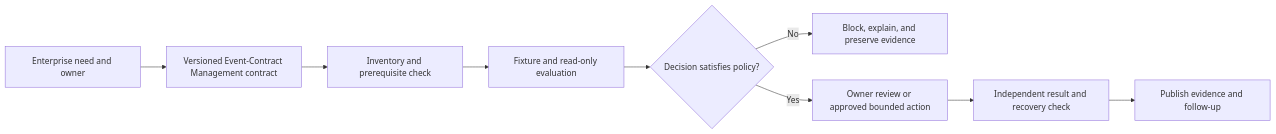
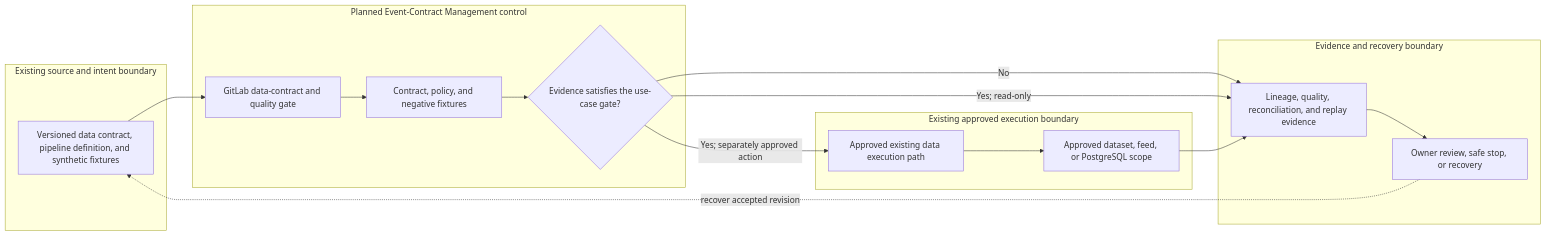
One commit to MIDHTECH/enterprise-architecture-docs changed the diagram in docs/use-cases/data/UC-DATA-008-event-contract-management.md. Above: the diagram before and after it, drawn with Mermaid. The commit also changed other lines of this file and 227 other files, not shown here.

Commit message:
Deepen architecture for all use case designs

````diff
--- a/docs/use-cases/data/UC-DATA-008-event-contract-management.md
+++ b/docs/use-cases/data/UC-DATA-008-event-contract-management.md
@@ -136,11 +129,25 @@
 ```mermaid
 flowchart LR
-    Need["Enterprise need and owner"] --> Contract["Versioned Event-Contract Management contract"]
-    Contract --> Preflight["Inventory and prerequisite check"]
-    Preflight --> Evaluate["Fixture and read-only evaluation"]
-    Evaluate --> Decision{"Decision satisfies policy?"}
-    Decision -->|No| Stop["Block, explain, and preserve evidence"]
-    Decision -->|Yes| Review["Owner review or approved bounded action"]
-    Review --> Verify["Independent result and recovery check"]
-    Verify --> Publish["Publish evidence and follow-up"]
+    subgraph Source["Existing source and intent boundary"]
+        A["Versioned data contract, pipeline definition, and synthetic fixtures"]
+    end
+    subgraph Planned["Planned Event-Contract Management control"]
+        B["GitLab data-contract and quality gate"]
+        C["Contract, policy, and negative fixtures"]
+        D{"Evidence satisfies the use-case gate?"}
+    end
+    subgraph Runtime["Existing approved execution boundary"]
+        E["Approved existing data execution path"]
+        F["Approved dataset, feed, or PostgreSQL scope"]
+    end
+    subgraph Assurance["Evidence and recovery boundary"]
+        G["Lineage, quality, reconciliation, and replay evidence"]
+        H["Owner review, safe stop, or recovery"]
+    end
+
+    A --> B --> C --> D
+    D -->|No| G --> H
+    D -->|Yes; read-only| G
+    D -->|Yes; separately approved action| E --> F --> G
+    H -. recover accepted revision .-> A
 ```
````
